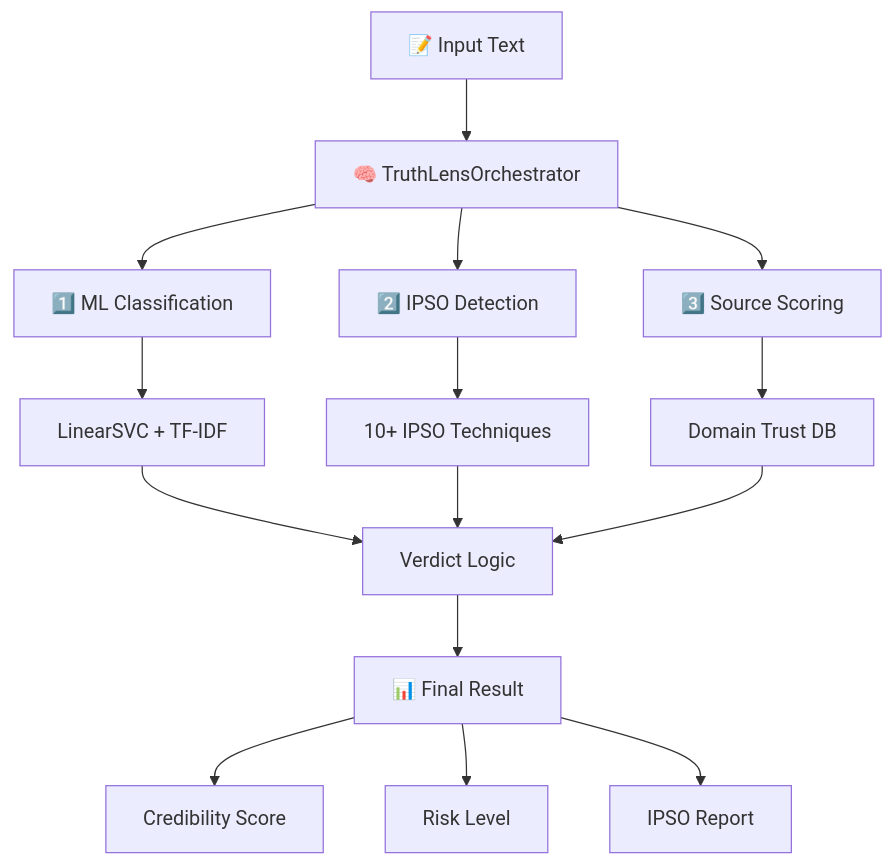
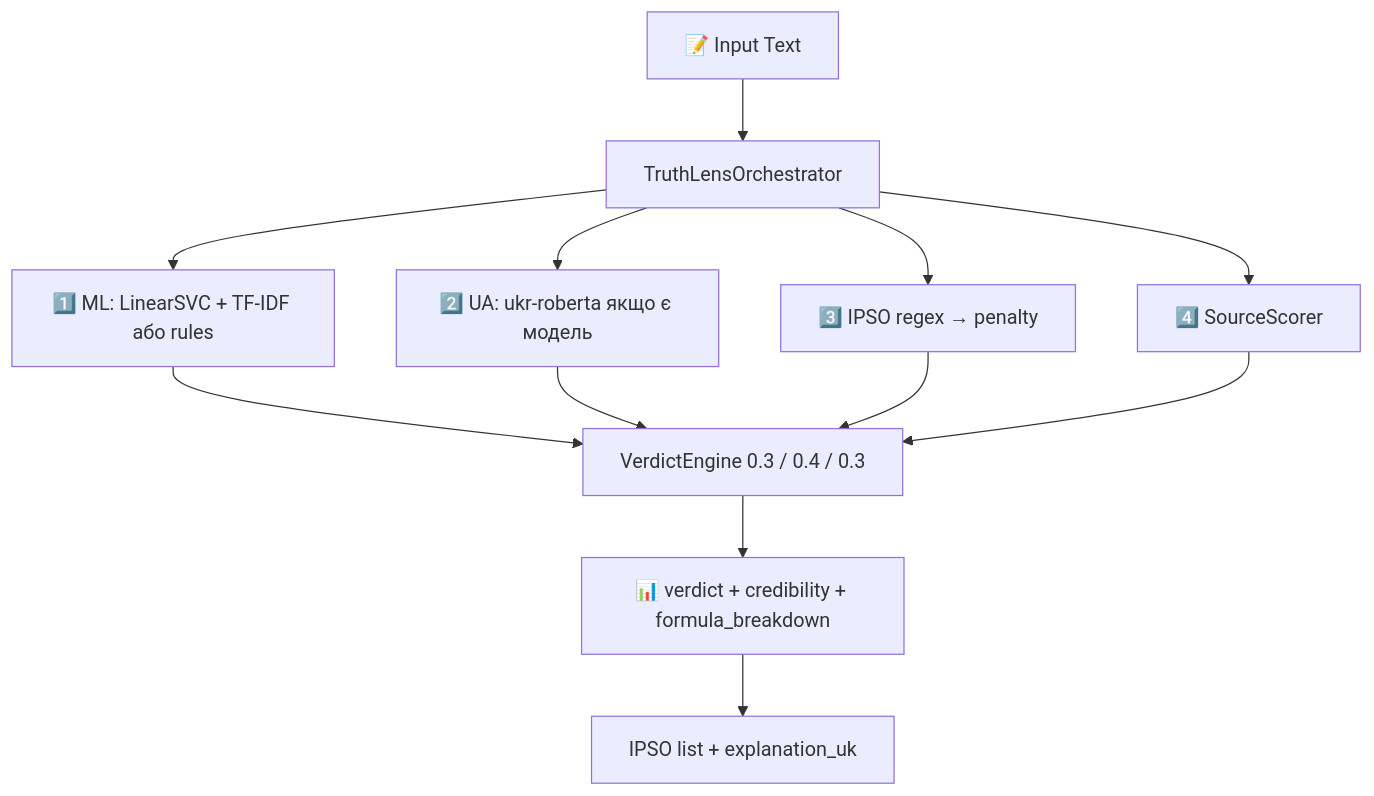
The diagram in README.md (102012dl/truthlens-ua-analytics-v2), drawn with Mermaid before and after one commit. The commit also changed other lines of this file and 3 other files, not shown here.

First line of the commit message:
docs(nmvp2): architecture canon + README CI/stack alignment

````diff
--- a/README.md
+++ b/README.md
@@ -124,17 +119,14 @@
 ```mermaid
-graph TD
-    A[📝 Input Text] --> B[🧠 TruthLensOrchestrator]
-    B --> C[1️⃣ ML Classification]
-    B --> D[2️⃣ IPSO Detection]
-    B --> E[3️⃣ Source Scoring]
-    C --> F[LinearSVC + TF-IDF]
-    D --> G[10+ IPSO Techniques]
-    E --> H[Domain Trust DB]
-    F --> I[Verdict Logic]
-    G --> I
-    H --> I
-    I --> J[📊 Final Result]
-    J --> K[Credibility Score]
-    J --> L[Risk Level]
-    J --> M[IPSO Report]
+flowchart TD
+    A[📝 Input Text] --> B[TruthLensOrchestrator]
+    B --> C[1️⃣ ML: LinearSVC + TF-IDF або rules]
+    B --> D[2️⃣ UA: ukr-roberta якщо є модель]
+    B --> E[3️⃣ IPSO regex → penalty]
+    B --> F[4️⃣ SourceScorer]
+    C --> V[VerdictEngine 0.3 / 0.4 / 0.3]
+    D --> V
+    E --> V
+    F --> V
+    V --> G[📊 verdict + credibility + formula_breakdown]
+    G --> H[IPSO list + explanation_uk]
 ```
````
